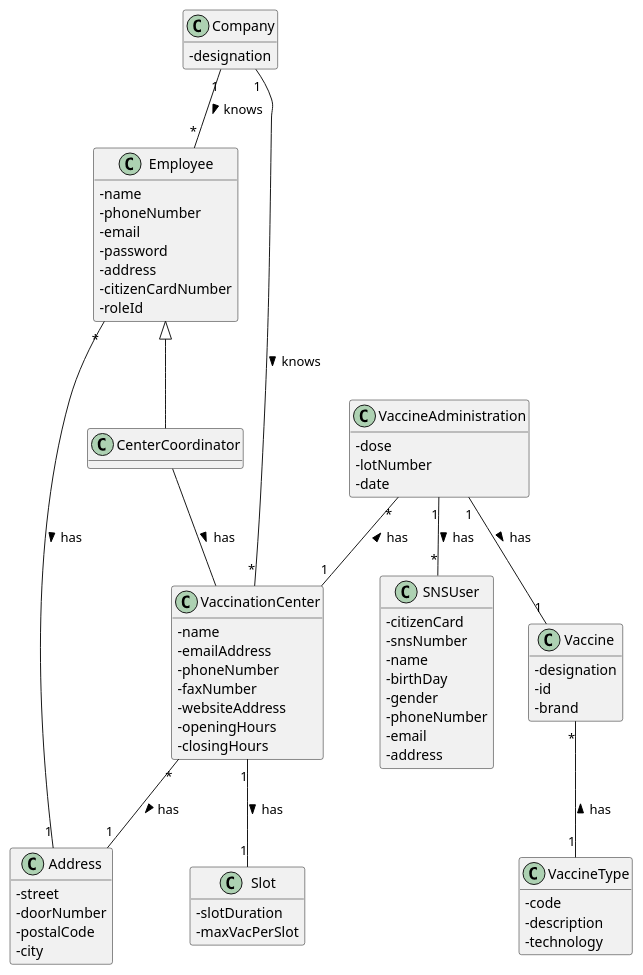
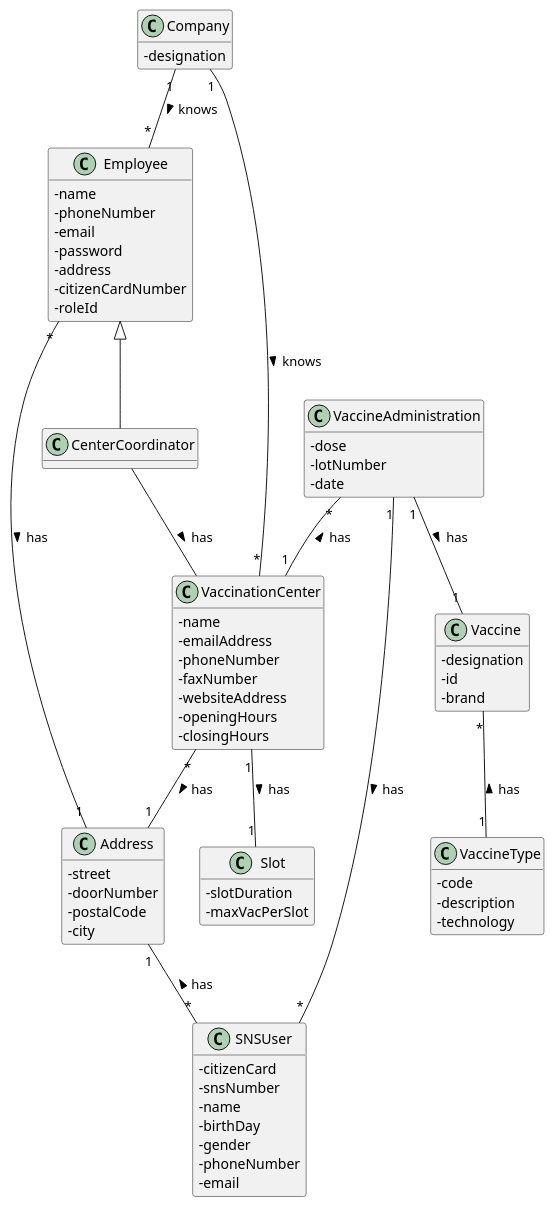
The diagram in docs/SprintD/US15/DM/US15_DM.puml (miseEnPlace-i/lapr2), drawn with PlantUML before and after one commit. The commit also changed 1 other file, not shown here.

```diff
--- a/docs/SprintD/US15/DM/US15_DM.puml
+++ b/docs/SprintD/US15/DM/US15_DM.puml
@@ -1,88 +1,89 @@
 @startuml US15_DM
 hide methods
 skinparam classAttributeIconSize 0
 
 class Company {
   -designation
 }
 
 class CenterCoordinator {}
 
 class Employee {
   -name
   -phoneNumber
   -email
   -password
   -address
   -citizenCardNumber
   -roleId
 }
 
 class VaccinationCenter{
   -name
   -emailAddress
   -phoneNumber
   -faxNumber
   -websiteAddress
   -openingHours
   -closingHours
 }
 
 class Address {
   -street
   -doorNumber
   -postalCode
   -city
 }
 
 class Slot {
   -slotDuration
   -maxVacPerSlot
 }
 
 class VaccineAdministration {
   -dose
   -lotNumber
   -date
 }
 
 class SNSUser {
   - citizenCard
   - snsNumber
   - name
   - birthDay
   - gender
   - phoneNumber
   - email
-  - address
 }
 
 class Vaccine {
   -designation
   -id
   -brand
 }
 
 class VaccineType {
   -code 
   -description
   -technology
 }
 
 Company "1" -- "*" Employee : knows >
 Company "1" -- "*" VaccinationCenter : knows >
 
 Employee <|-- CenterCoordinator
 Employee "*" -- "1" Address : has >
 
 CenterCoordinator -- VaccinationCenter : has >
 
 VaccinationCenter "1"-- "1" Slot : has >
 VaccinationCenter "*" -- "1" Address : has >
 
+Address "1" -- "*" SNSUser : has <
+
 VaccineAdministration "*" -- "1" VaccinationCenter : has <
 VaccineAdministration "1" -- "*" SNSUser : has >
 VaccineAdministration "1" -- "1" Vaccine : has > 
 Vaccine "*" -- "1" VaccineType : has <
 
 @enduml
```
